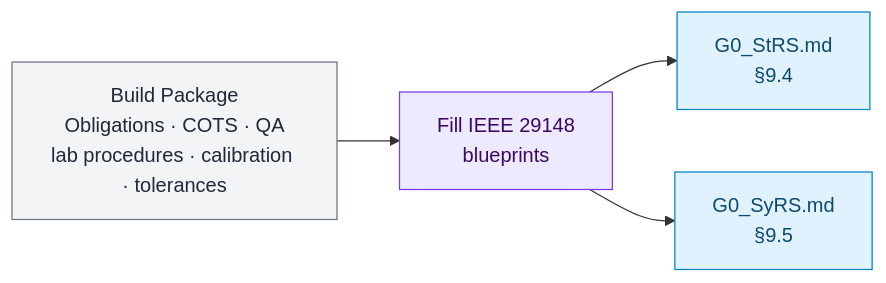
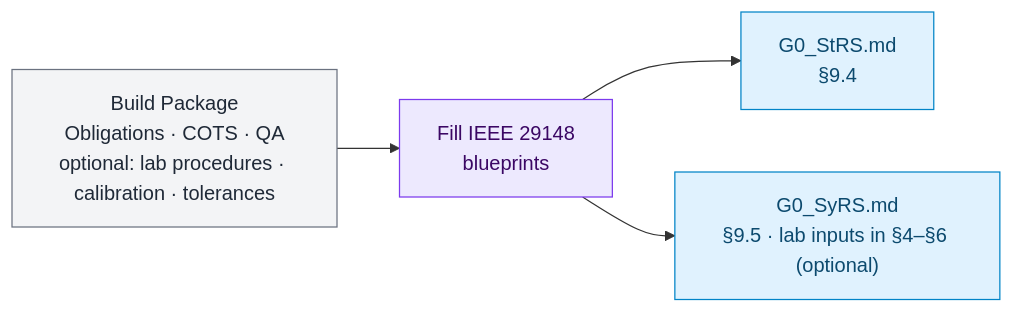
One commit to dramirezbe/codeanvil-gcpds changed the third of 11 diagrams in methodology/V-SIL-v3/V-SIL_v3.md. Above: the diagram before and after it, drawn with Mermaid. The commit also changed other lines of this file and 3 other files, not shown here.

Commit message:
docs(v-sil-v3): make the Real HW HAL and lab inputs optional, telemetry mandatory

````diff
--- a/methodology/V-SIL-v3/V-SIL_v3.md
+++ b/methodology/V-SIL-v3/V-SIL_v3.md
@@ -98,15 +98,15 @@
 ```mermaid
 flowchart LR
     classDef input fill:#f3f4f6,stroke:#6b7280,color:#1f2937
     classDef process fill:#ede9fe,stroke:#7c3aed,color:#3b0764
     classDef output fill:#e0f2fe,stroke:#0284c7,color:#0c4a6e
 
-    BP["Build Package<br/>Obligations · COTS · QA<br/>lab procedures · calibration · tolerances"]:::input
+    BP["Build Package<br/>Obligations · COTS · QA<br/>optional: lab procedures · calibration · tolerances"]:::input
     FILL["Fill IEEE 29148<br/>blueprints"]:::process
     StRS["G0_StRS.md<br/>§9.4"]:::output
-    SyRS["G0_SyRS.md<br/>§9.5"]:::output
+    SyRS["G0_SyRS.md<br/>§9.5 · lab inputs in §4–§6 (optional)"]:::output
 
     BP --> FILL
     FILL --> StRS
     FILL --> SyRS
 ```
````
